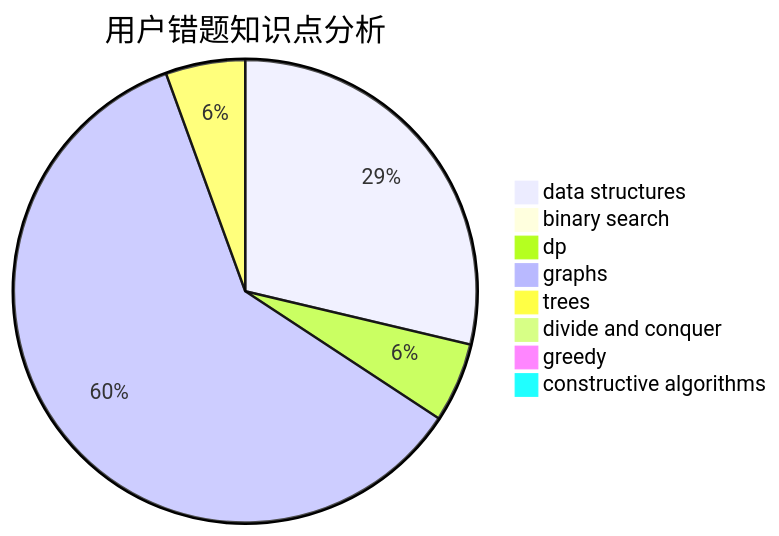
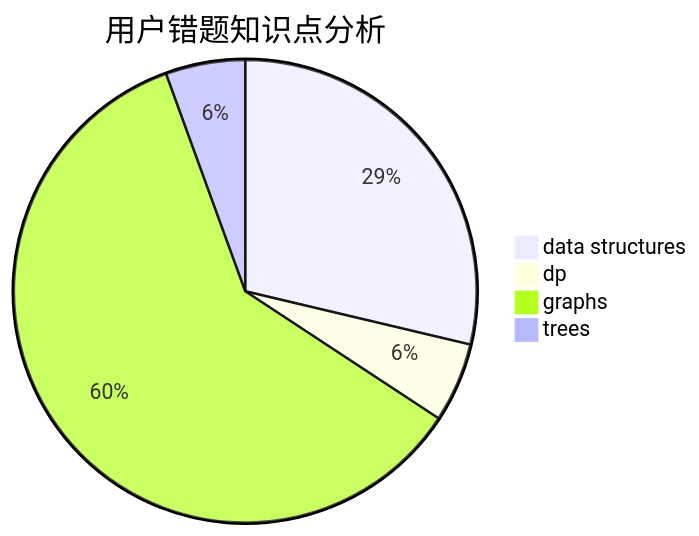
The third of 3 diagrams in docs/user/u2198.md (sherpahu/cfrs.github.io), drawn with Mermaid before and after one commit. The commit also changed other lines of this file and 2770 other files, not shown here.

````diff
--- a/docs/user/u2198.md
+++ b/docs/user/u2198.md
@@ -31,11 +27,7 @@
 ```mermaid
 pie title 用户错题知识点分析
     "data structures" :  62
-    "binary search" :  0
     "dp" :  12
     "graphs" :  130
     "trees" :  12
-    "divide and conquer" :  0
-    "greedy" :  0
-    "constructive algorithms" :  0
 ```
````
